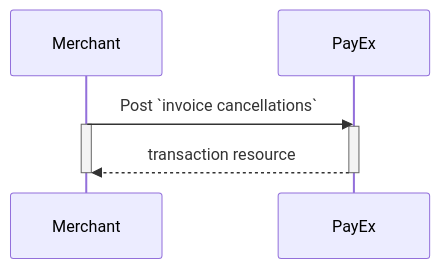
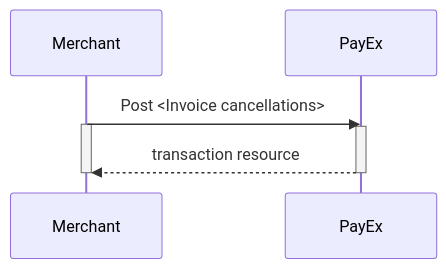
Before and after one commit to SwedbankPay/developer.swedbankpay.com: the second of 3 diagrams in payments/invoice/after-payment.md, drawn with Mermaid.

Commit message:
Fixed code formatting in cancellation flowchart.

````diff
--- a/payments/invoice/after-payment.md
+++ b/payments/invoice/after-payment.md
@@ -348,9 +348,9 @@
 ```mermaid
 sequenceDiagram
-Merchant->>PayEx: Post `invoice cancellations`
+Merchant->>PayEx: Post <Invoice cancellations>
 activate Merchant
 activate PayEx
 PayEx-->>Merchant: transaction resource
 deactivate Merchant
 deactivate PayEx
 ```
````
